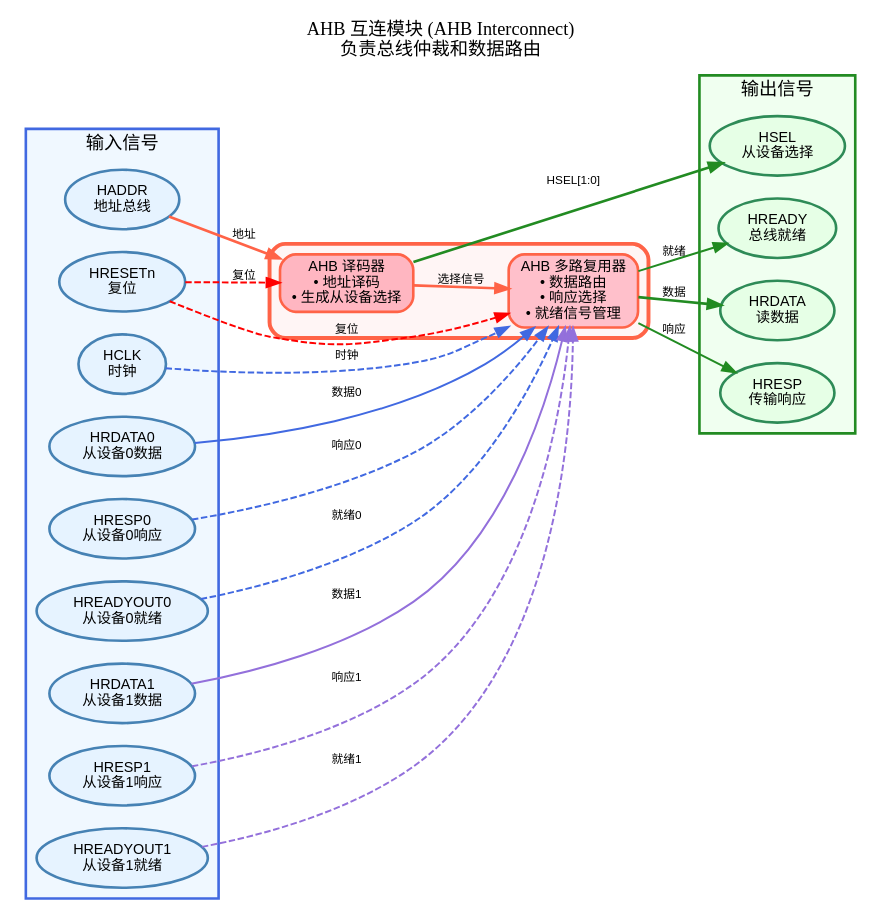
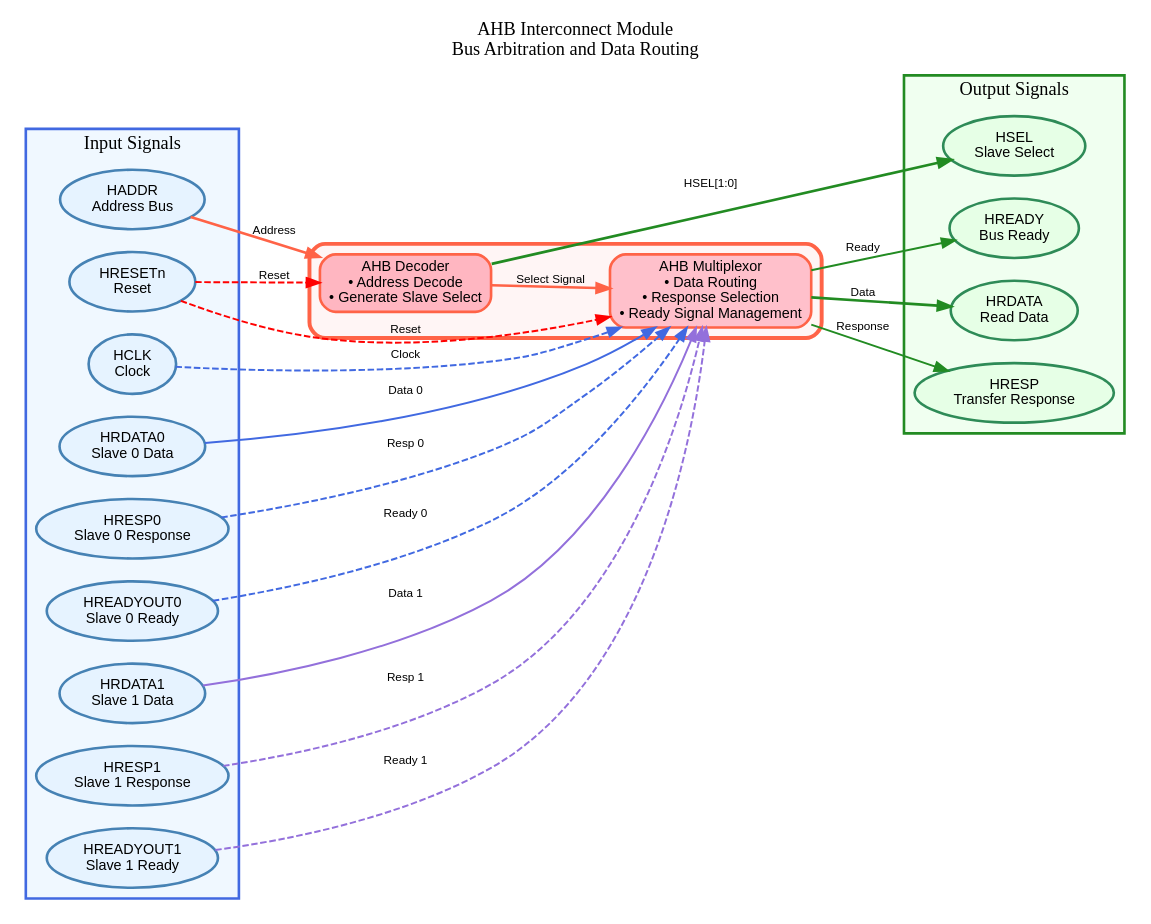
Before and after one commit to Narwhal-Wu/LibreCore: the diagram in report/rtl_diagrams/module_ahb_interconnect.dot, drawn with Graphviz. The commit also changed 9 other files, not shown here.

Commit message:
Convert all diagrams to English-only (remove Chinese text)

```diff
--- a/report/rtl_diagrams/module_ahb_interconnect.dot
+++ b/report/rtl_diagrams/module_ahb_interconnect.dot
@@ -1,96 +1,96 @@
 digraph ahb_interconnect {
     rankdir=LR;
     bgcolor="white";
     node [fontname="Arial", fontsize=11];
     edge [fontname="Arial", fontsize=9];
     
     // Title
-    label="AHB 互连模块 (AHB Interconnect)\n负责总线仲裁和数据路由";
+    label="AHB Interconnect Module\nBus Arbitration and Data Routing";
     labelloc="t";
     fontname="Arial Bold";
     fontsize=14;
     
     // Input signals
     subgraph cluster_inputs {
-        label="输入信号";
+        label="Input Signals";
         labelloc="t";
         style="filled";
         fillcolor="#f0f8ff";
         color="#4169e1";
         penwidth=2;
         
         node [shape=ellipse, style="filled", fillcolor="#e6f3ff", 
               color="#4682b4", penwidth=2];
         
-        CLK [label="HCLK\n时钟"];
-        RES [label="HRESETn\n复位"];
-        HADDR [label="HADDR\n地址总线"];
-        HRDATA0 [label="HRDATA0\n从设备0数据"];
-        HRESP0 [label="HRESP0\n从设备0响应"];
-        HREADY0 [label="HREADYOUT0\n从设备0就绪"];
-        HRDATA1 [label="HRDATA1\n从设备1数据"];
-        HRESP1 [label="HRESP1\n从设备1响应"];
-        HREADY1 [label="HREADYOUT1\n从设备1就绪"];
+        CLK [label="HCLK\nClock"];
+        RES [label="HRESETn\nReset"];
+        HADDR [label="HADDR\nAddress Bus"];
+        HRDATA0 [label="HRDATA0\nSlave 0 Data"];
+        HRESP0 [label="HRESP0\nSlave 0 Response"];
+        HREADY0 [label="HREADYOUT0\nSlave 0 Ready"];
+        HRDATA1 [label="HRDATA1\nSlave 1 Data"];
+        HRESP1 [label="HRESP1\nSlave 1 Response"];
+        HREADY1 [label="HREADYOUT1\nSlave 1 Ready"];
     }
     
     // Main module
     subgraph cluster_module {
         label="";
         style="rounded,filled";
         fillcolor="#fff5f5";
         color="#ff6347";
         penwidth=3;
         
         node [shape=box, style="rounded,filled"];
         
         // AHB Decoder
-        DECODER [label="AHB 译码器\n• 地址译码\n• 生成从设备选择", 
+        DECODER [label="AHB Decoder\n• Address Decode\n• Generate Slave Select", 
                 fillcolor="#ffb6c1", color="#ff6347", penwidth=2, fontsize=11];
         
         // AHB Multiplexor
-        MUX [label="AHB 多路复用器\n• 数据路由\n• 响应选择\n• 就绪信号管理", 
+        MUX [label="AHB Multiplexor\n• Data Routing\n• Response Selection\n• Ready Signal Management", 
             fillcolor="#ffc0cb", color="#ff6347", penwidth=2, fontsize=11];
     }
     
     // Output signals
     subgraph cluster_outputs {
-        label="输出信号";
+        label="Output Signals";
         labelloc="t";
         style="filled";
         fillcolor="#f0fff0";
         color="#228b22";
         penwidth=2;
         
         node [shape=ellipse, style="filled", fillcolor="#e6ffe6", 
               color="#2e8b57", penwidth=2];
         
-        HRDATA [label="HRDATA\n读数据"];
-        HRESP [label="HRESP\n传输响应"];
-        HSEL [label="HSEL\n从设备选择"];
-        HREADY [label="HREADY\n总线就绪"];
+        HRDATA [label="HRDATA\nRead Data"];
+        HRESP [label="HRESP\nTransfer Response"];
+        HSEL [label="HSEL\nSlave Select"];
+        HREADY [label="HREADY\nBus Ready"];
     }
     
     // Input connections
-    CLK -> MUX [label="时钟", color="#4169e1", penwidth=1.5, style="dashed"];
-    RES -> DECODER [label="复位", color="#ff0000", penwidth=1.5, style="dashed"];
-    RES -> MUX [label="复位", color="#ff0000", penwidth=1.5, style="dashed"];
+    CLK -> MUX [label="Clock", color="#4169e1", penwidth=1.5, style="dashed"];
+    RES -> DECODER [label="Reset", color="#ff0000", penwidth=1.5, style="dashed"];
+    RES -> MUX [label="Reset", color="#ff0000", penwidth=1.5, style="dashed"];
     
-    HADDR -> DECODER [label="地址", color="#ff6347", penwidth=2];
+    HADDR -> DECODER [label="Address", color="#ff6347", penwidth=2];
     
-    HRDATA0 -> MUX [label="数据0", color="#4169e1", penwidth=1.5];
-    HRESP0 -> MUX [label="响应0", color="#4169e1", penwidth=1.5, style="dashed"];
-    HREADY0 -> MUX [label="就绪0", color="#4169e1", penwidth=1.5, style="dashed"];
+    HRDATA0 -> MUX [label="Data 0", color="#4169e1", penwidth=1.5];
+    HRESP0 -> MUX [label="Resp 0", color="#4169e1", penwidth=1.5, style="dashed"];
+    HREADY0 -> MUX [label="Ready 0", color="#4169e1", penwidth=1.5, style="dashed"];
     
-    HRDATA1 -> MUX [label="数据1", color="#9370db", penwidth=1.5];
-    HRESP1 -> MUX [label="响应1", color="#9370db", penwidth=1.5, style="dashed"];
-    HREADY1 -> MUX [label="就绪1", color="#9370db", penwidth=1.5, style="dashed"];
+    HRDATA1 -> MUX [label="Data 1", color="#9370db", penwidth=1.5];
+    HRESP1 -> MUX [label="Resp 1", color="#9370db", penwidth=1.5, style="dashed"];
+    HREADY1 -> MUX [label="Ready 1", color="#9370db", penwidth=1.5, style="dashed"];
     
     // Internal connections
-    DECODER -> MUX [label="选择信号", color="#ff6347", penwidth=2];
+    DECODER -> MUX [label="Select Signal", color="#ff6347", penwidth=2];
     
     // Output connections
     DECODER -> HSEL [label="HSEL[1:0]", color="#228b22", penwidth=2];
-    MUX -> HRDATA [label="数据", color="#228b22", penwidth=2];
-    MUX -> HRESP [label="响应", color="#228b22", penwidth=1.5];
-    MUX -> HREADY [label="就绪", color="#228b22", penwidth=1.5];
+    MUX -> HRDATA [label="Data", color="#228b22", penwidth=2];
+    MUX -> HRESP [label="Response", color="#228b22", penwidth=1.5];
+    MUX -> HREADY [label="Ready", color="#228b22", penwidth=1.5];
 }
```
